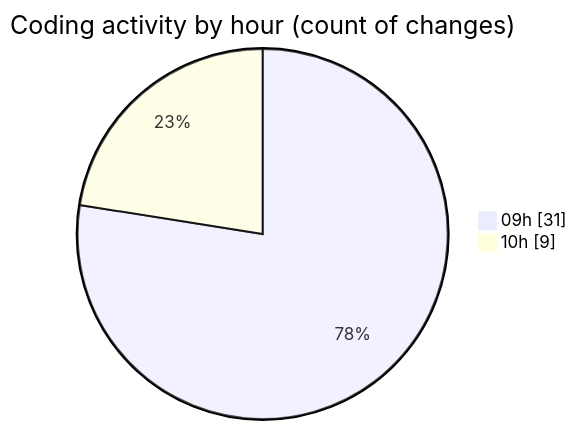
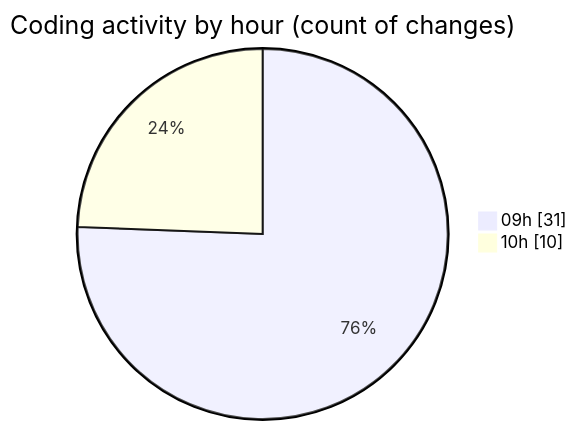
Before and after one commit to robertbonfada/code-tracking: the second of 2 diagrams in 2025-03-05/termonied_testador/README.md, drawn with Mermaid. The commit also changed other lines of this file and 1 other file, not shown here.

````diff
--- a/2025-03-05/termonied_testador/README.md
+++ b/2025-03-05/termonied_testador/README.md
@@ -34,6 +34,6 @@
 ```mermaid
 pie showData
 title Coding activity by hour (count of changes)
 "09h" : 31
-"10h" : 9
+"10h" : 10
 ```
````
